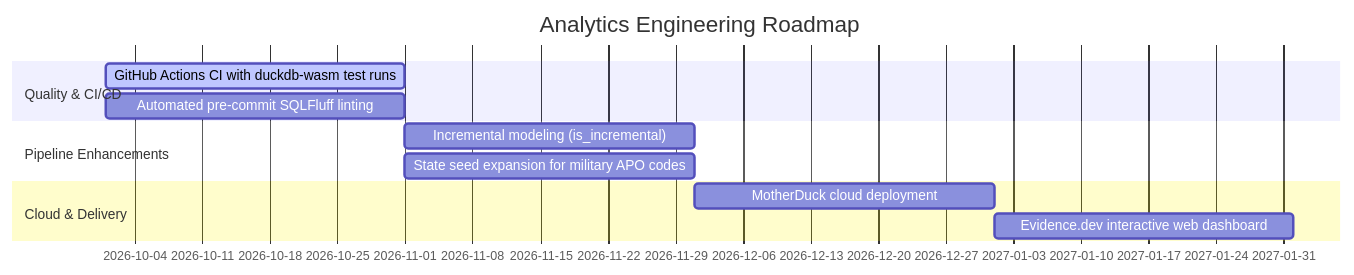
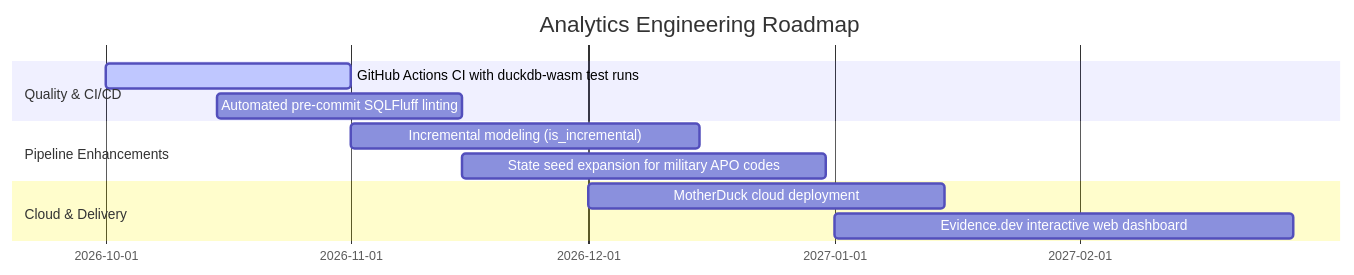
One commit to dummycodertech/cfpb-powerbi changed the third of 3 diagrams in README.md. Above: the diagram before and after it, drawn with Mermaid.

Commit message:
fix(docs): format Mermaid gantt date definitions to YYYY-MM-DD

````diff
--- a/README.md
+++ b/README.md
@@ -749,14 +749,14 @@
 ```mermaid
 gantt
     title Analytics Engineering Roadmap
-    dateFormat  YYYY-MM
+    dateFormat  YYYY-MM-DD
     section Quality & CI/CD
-    GitHub Actions CI with duckdb-wasm test runs :active, 2026-10, 2026-11
-    Automated pre-commit SQLFluff linting        :2026-10, 2026-11
+    GitHub Actions CI with duckdb-wasm test runs :active, 2026-10-01, 2026-11-01
+    Automated pre-commit SQLFluff linting        :2026-10-15, 2026-11-15
     section Pipeline Enhancements
-    Incremental modeling (is_incremental)       :2026-11, 2026-12
-    State seed expansion for military APO codes :2026-11, 2026-12
+    Incremental modeling (is_incremental)       :2026-11-01, 2026-12-15
+    State seed expansion for military APO codes :2026-11-15, 2026-12-31
     section Cloud & Delivery
-    MotherDuck cloud deployment                 :2026-12, 2027-01
-    Evidence.dev interactive web dashboard      :2027-01, 2027-02
+    MotherDuck cloud deployment                 :2026-12-01, 2027-01-15
+    Evidence.dev interactive web dashboard      :2027-01-01, 2027-02-28
 ```
````
